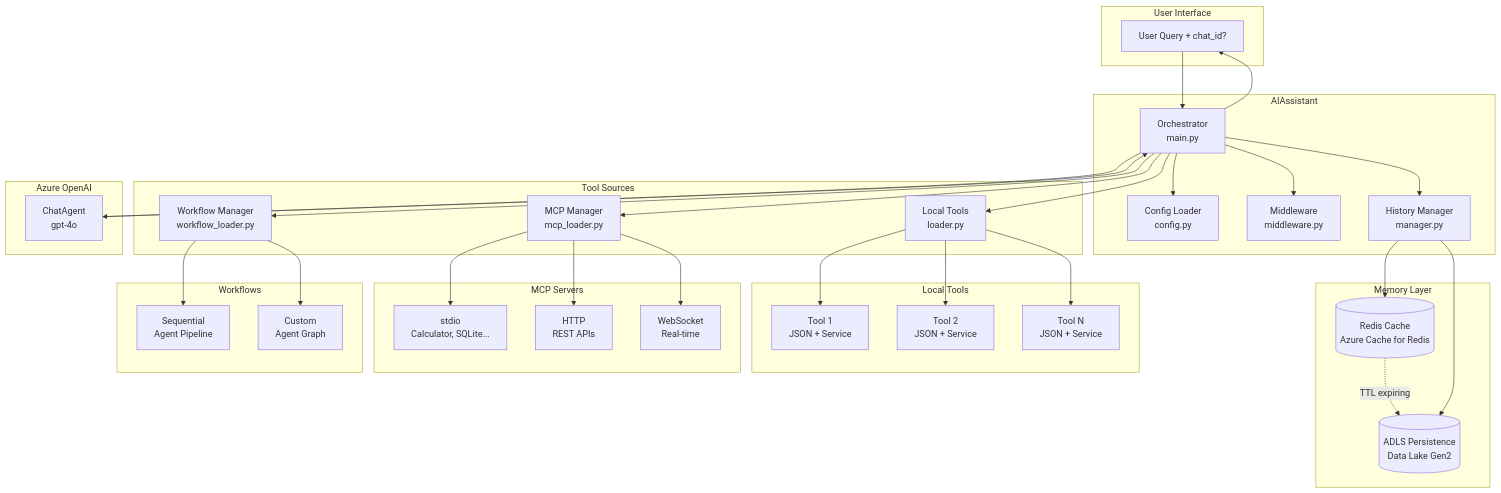
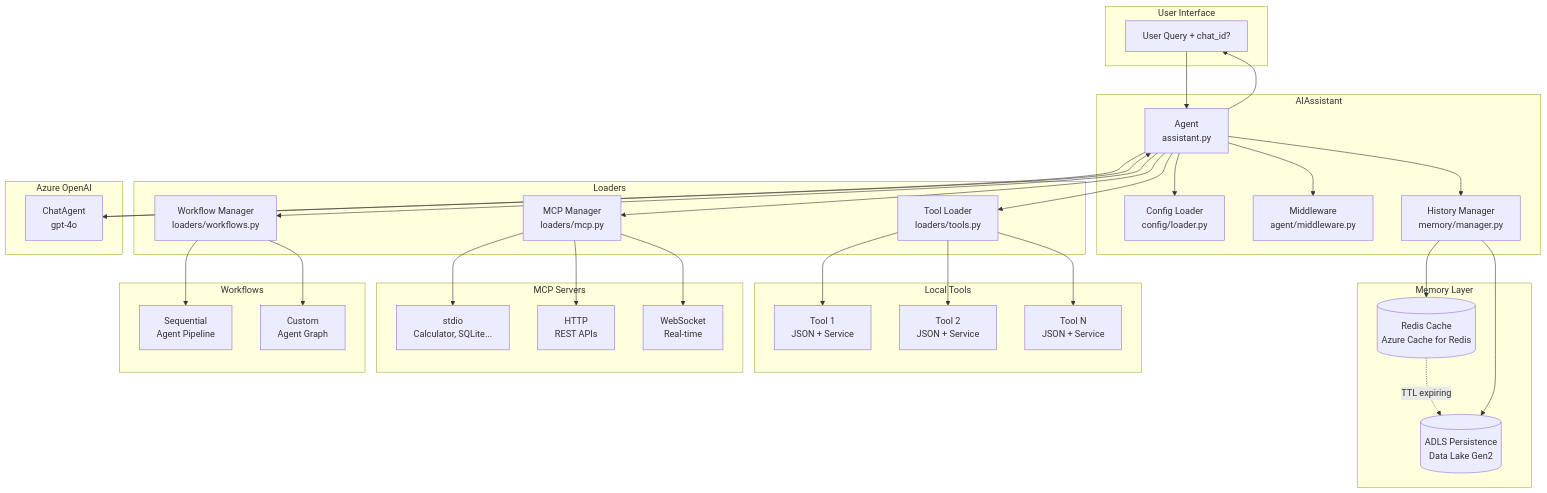
Before and after one commit to Scientialibera/MSFT-AGENT-FRAMEWORK: the diagram in README.md, drawn with Mermaid. The commit also changed other lines of this file and 16 other files, not shown here.

First line of the commit message:
refactor: reorganize src/ into agent/, config/, loaders/ modules

````diff
--- a/README.md
+++ b/README.md
@@ -9,67 +9,67 @@
 ```mermaid
 graph TB
     subgraph "User Interface"
         U[User Query + chat_id?]
     end
     
     subgraph "AIAssistant"
-        O[Orchestrator<br/>main.py]
-        C[Config Loader<br/>config.py]
-        M[Middleware<br/>middleware.py]
-        H[History Manager<br/>manager.py]
+        O[Agent<br/>assistant.py]
+        C[Config Loader<br/>config/loader.py]
+        M[Middleware<br/>agent/middleware.py]
+        H[History Manager<br/>memory/manager.py]
     end
     
     subgraph "Memory Layer"
         RC[(Redis Cache<br/>Azure Cache for Redis)]
         AP[(ADLS Persistence<br/>Data Lake Gen2)]
     end
     
-    subgraph "Tool Sources"
-        L[Local Tools<br/>loader.py]
-        MCP[MCP Manager<br/>mcp_loader.py]
-        W[Workflow Manager<br/>workflow_loader.py]
+    subgraph "Loaders"
+        L[Tool Loader<br/>loaders/tools.py]
+        MCP[MCP Manager<br/>loaders/mcp.py]
+        W[Workflow Manager<br/>loaders/workflows.py]
     end
     
     subgraph "Local Tools"
         T1[Tool 1<br/>JSON + Service]
         T2[Tool 2<br/>JSON + Service]
         TN[Tool N<br/>JSON + Service]
     end
     
     subgraph "MCP Servers"
         MS1[stdio<br/>Calculator, SQLite...]
         MS2[HTTP<br/>REST APIs]
         MS3[WebSocket<br/>Real-time]
     end
     
     subgraph "Workflows"
         WS[Sequential<br/>Agent Pipeline]
         WC[Custom<br/>Agent Graph]
     end
     
     subgraph "Azure OpenAI"
         AO[ChatAgent<br/>gpt-4o]
     end
     
     U --> O
     O --> C
     O --> M
     O --> H
     H --> RC
     RC -.->|TTL expiring| AP
     H --> AP
     O --> L
     O --> MCP
     O --> W
     L --> T1
     L --> T2
     L --> TN
     MCP --> MS1
     MCP --> MS2
     MCP --> MS3
     W --> WS
     W --> WC
     O --> AO
     AO --> O
     O --> U
 ```
````
